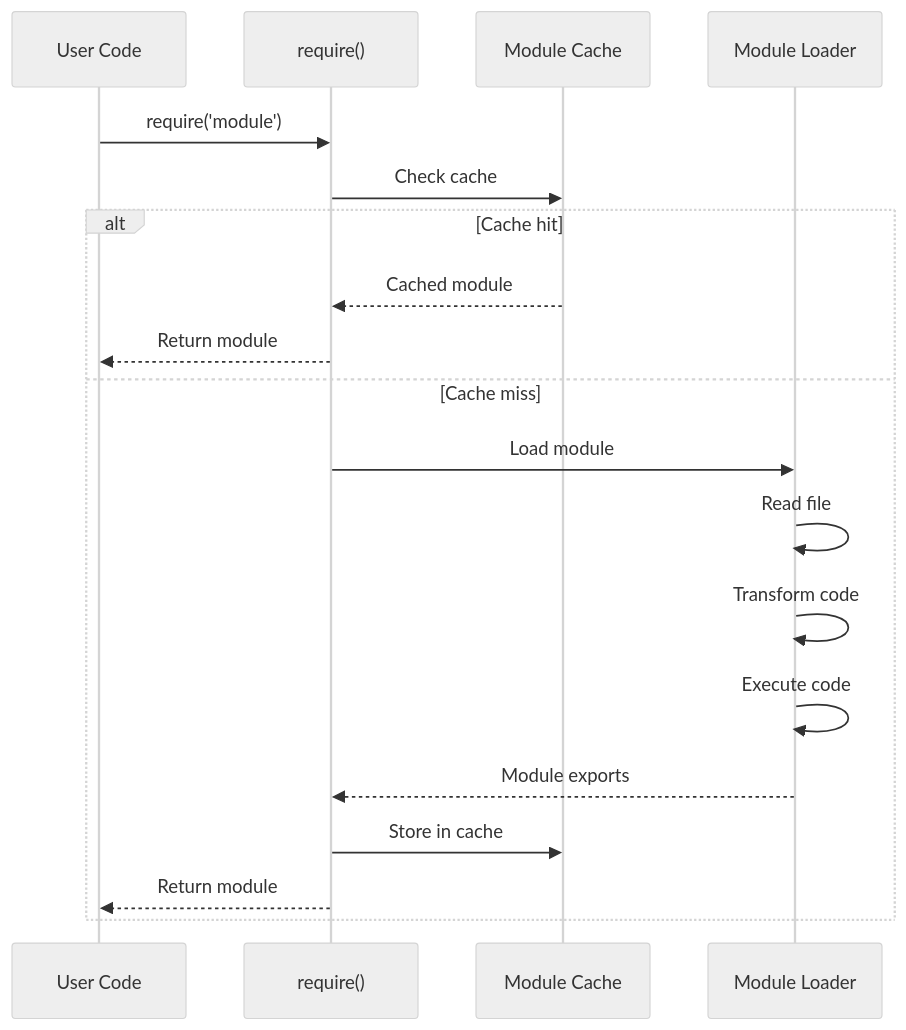
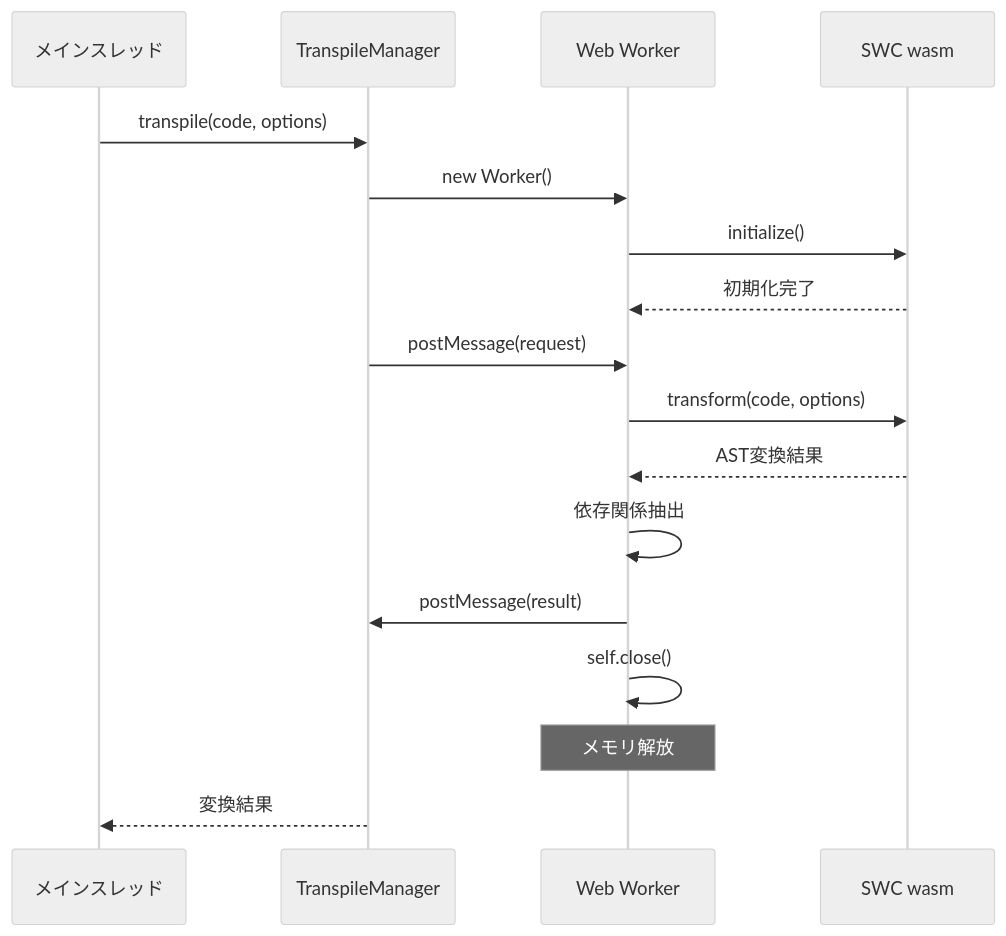
Before and after one commit to Stasshe/Pyxis-CodeCanvas: the fifth of 12 diagrams in docs/NODE-RUNTIME.md, drawn with Mermaid (neutral theme). The commit also changed other lines of this file and 4 other files, not shown here.

````diff
--- a/docs/NODE-RUNTIME.md
+++ b/docs/NODE-RUNTIME.md
@@ -386,23 +238,26 @@
 ```mermaid
 sequenceDiagram
-    participant CODE as User Code
-    participant REQUIRE as require()
-    participant CACHE as Module Cache
-    participant LOADER as Module Loader
-
-    CODE->>REQUIRE: require('module')
-    REQUIRE->>CACHE: Check cache
+    participant Main as メインスレッド
+    participant Manager as TranspileManager
+    participant Worker as Web Worker
+    participant SWC as SWC wasm
     
-    alt Cache hit
-        CACHE-->>REQUIRE: Cached module
-        REQUIRE-->>CODE: Return module
-    else Cache miss
-        REQUIRE->>LOADER: Load module
-        LOADER->>LOADER: Read file
-        LOADER->>LOADER: Transform code
-        LOADER->>LOADER: Execute code
-        LOADER-->>REQUIRE: Module exports
-        REQUIRE->>CACHE: Store in cache
-        REQUIRE-->>CODE: Return module
-    end
+    Main->>Manager: transpile(code, options)
+    Manager->>Worker: new Worker()
+    
+    Worker->>SWC: initialize()
+    SWC-->>Worker: 初期化完了
+    
+    Manager->>Worker: postMessage(request)
+    
+    Worker->>SWC: transform(code, options)
+    SWC-->>Worker: AST変換結果
+    
+    Worker->>Worker: 依存関係抽出
+    Worker->>Manager: postMessage(result)
+    
+    Worker->>Worker: self.close()
+    Note over Worker: メモリ解放
+    
+    Manager-->>Main: 変換結果
 ```
````
